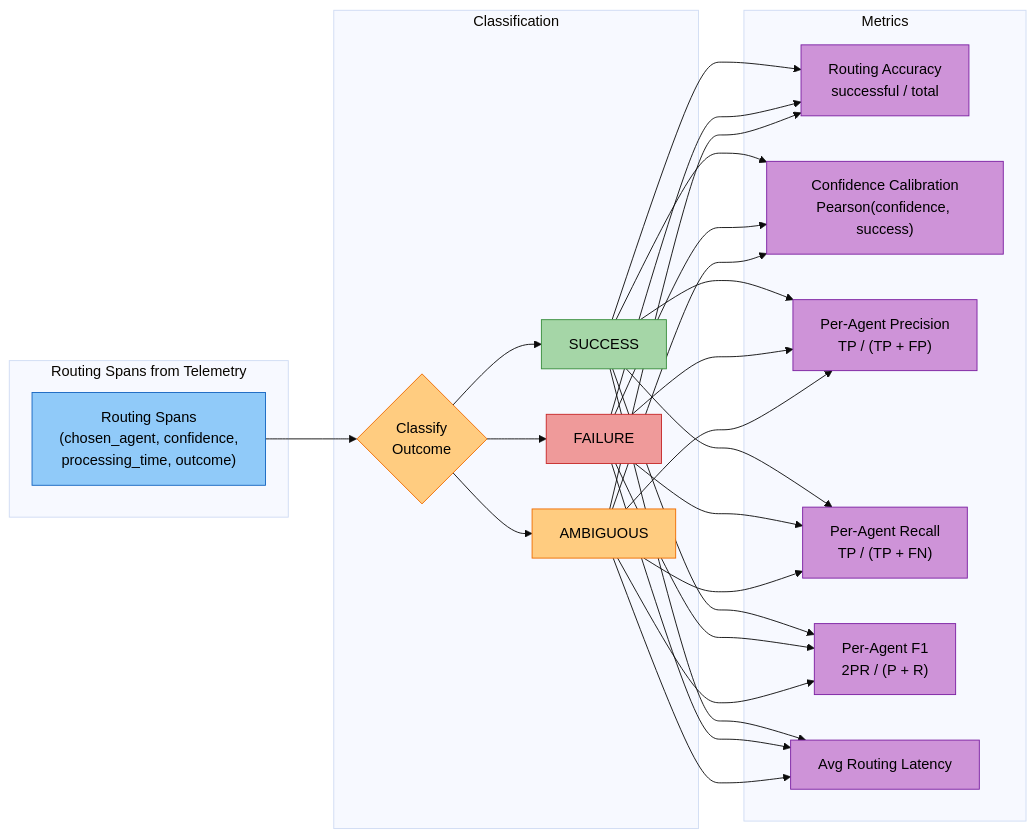
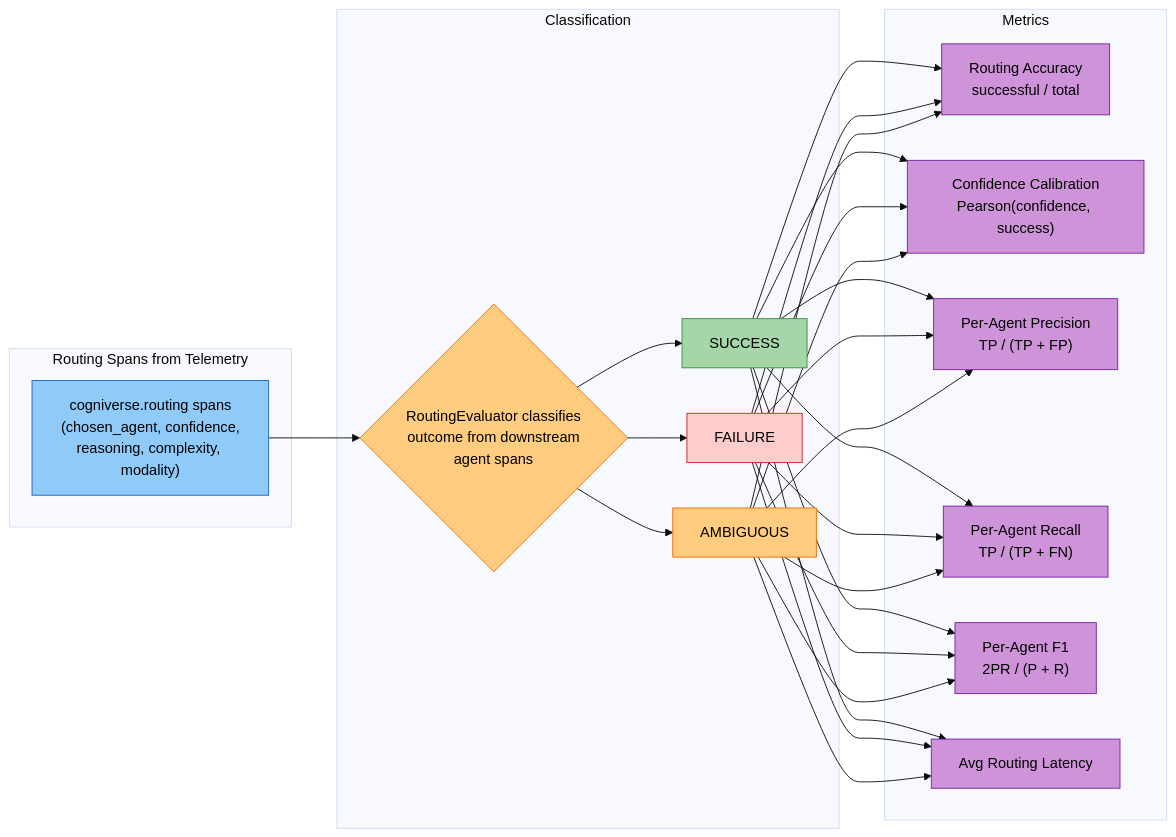
The fifth of 8 diagrams in docs/architecture/evaluation-optimization-loop.md (amit-jain/cogniverse), drawn with Mermaid (base theme) before and after one commit. The commit also changed other lines of this file and 119 other files, not shown here.

````diff
--- a/docs/architecture/evaluation-optimization-loop.md
+++ b/docs/architecture/evaluation-optimization-loop.md
@@ -437,38 +470,38 @@
 ```mermaid
 flowchart LR
     subgraph "Routing Spans from Telemetry"
-        SP["<span style='color:#000'>Routing Spans<br/>(chosen_agent, confidence,<br/>processing_time, outcome)</span>"]
+        SP["<span style='color:#000'>cogniverse.routing spans<br/>(chosen_agent, confidence,<br/>reasoning, complexity, modality)</span>"]
     end
 
     subgraph "Classification"
-        CL{"<span style='color:#000'>Classify<br/>Outcome</span>"}
+        CL{"<span style='color:#000'>RoutingEvaluator classifies<br/>outcome from downstream<br/>agent spans</span>"}
         S["<span style='color:#000'>SUCCESS</span>"]
         F["<span style='color:#000'>FAILURE</span>"]
         A["<span style='color:#000'>AMBIGUOUS</span>"]
     end
 
     subgraph "Metrics"
         RA["<span style='color:#000'>Routing Accuracy<br/>successful / total</span>"]
         CC["<span style='color:#000'>Confidence Calibration<br/>Pearson(confidence, success)</span>"]
         PP["<span style='color:#000'>Per-Agent Precision<br/>TP / (TP + FP)</span>"]
         PR["<span style='color:#000'>Per-Agent Recall<br/>TP / (TP + FN)</span>"]
         PF["<span style='color:#000'>Per-Agent F1<br/>2PR / (P + R)</span>"]
         RL["<span style='color:#000'>Avg Routing Latency</span>"]
     end
 
     SP --> CL
     CL --> S & F & A
     S & F & A --> RA & CC & PP & PR & PF & RL
 
     style SP fill:#90caf9,stroke:#1565c0,color:#000
     style CL fill:#ffcc80,stroke:#ef6c00,color:#000
     style S fill:#a5d6a7,stroke:#388e3c,color:#000
-    style F fill:#ef9a9a,stroke:#c62828,color:#000
+    style F fill:#ffcccc,stroke:#c62828,color:#000
     style A fill:#ffcc80,stroke:#ef6c00,color:#000
     style RA fill:#ce93d8,stroke:#7b1fa2,color:#000
     style CC fill:#ce93d8,stroke:#7b1fa2,color:#000
     style PP fill:#ce93d8,stroke:#7b1fa2,color:#000
     style PR fill:#ce93d8,stroke:#7b1fa2,color:#000
     style PF fill:#ce93d8,stroke:#7b1fa2,color:#000
     style RL fill:#ce93d8,stroke:#7b1fa2,color:#000
 ```
````
